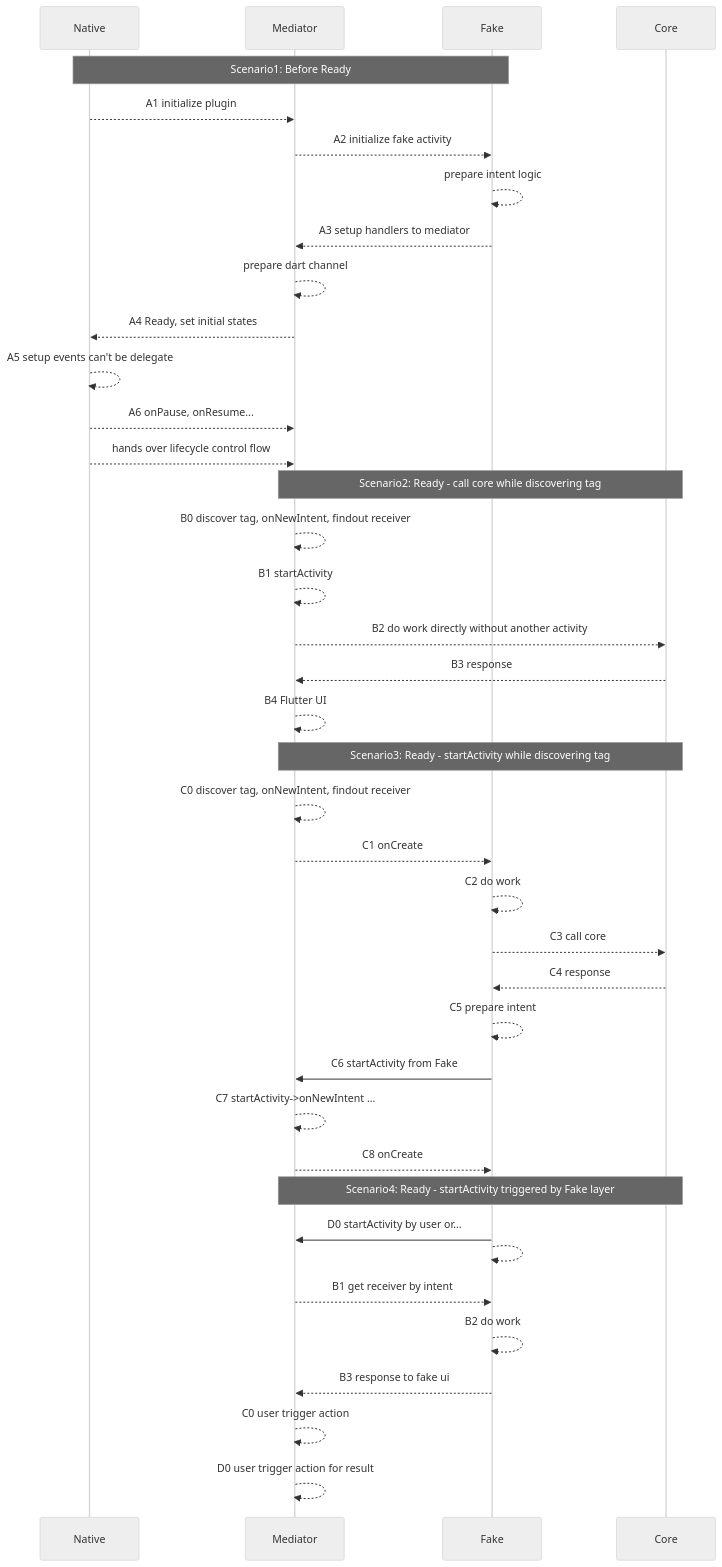
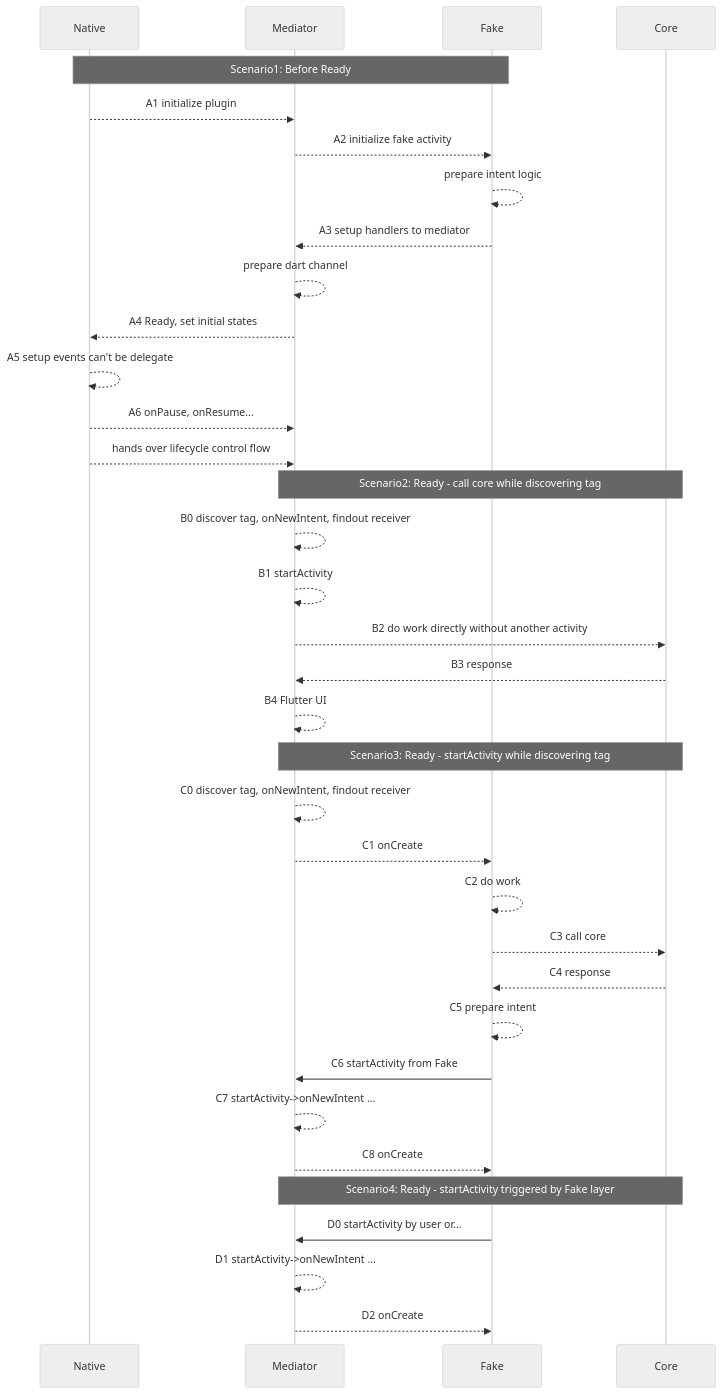
The second of 2 diagrams in flutter/addActivityResultListener.md (gordianknotC/nxp_note), drawn with Mermaid (neutral theme) before and after one commit. The commit also changed other lines of this file, not shown here.

Commit message:
flutter/addActivityResultListener.md updated from https://stackedit.io/

````diff
--- a/flutter/addActivityResultListener.md
+++ b/flutter/addActivityResultListener.md
@@ -55,59 +55,50 @@
 ```mermaid
 sequenceDiagram
 participant Native
 participant Mediator
 participant Fake
 participant Core
 
 
 Note over Native, Fake: Scenario1: Before Ready
 
 Native -->> Mediator: A1 initialize plugin
 Mediator -->> Fake: A2 initialize fake activity
 Fake -->> Fake: prepare intent logic
 Fake -->> Mediator: A3 setup handlers to mediator
 Mediator -->> Mediator: prepare dart channel
 Mediator -->> Native: A4 Ready, set initial states
 Native -->> Native: A5 setup events can't be delegate
 Native -->> Mediator: A6 onPause, onResume...
 Native -->> Mediator: hands over lifecycle control flow
 
 
 Note over Mediator, Core: Scenario2: Ready - call core while discovering tag 
 
 Mediator-->> Mediator: B0 discover tag, onNewIntent, findout receiver
 Mediator-->>Mediator: B1 startActivity
 Mediator-->>Core: B2 do work directly without another activity
 Core-->>Mediator: B3 response
 Mediator-->>Mediator: B4 Flutter UI
 
 
 Note over Mediator, Core: Scenario3: Ready - startActivity while discovering tag
 
 Mediator-->> Mediator: C0 discover tag, onNewIntent, findout receiver
 Mediator-->>Fake: C1 onCreate
 Fake-->>Fake: C2 do work
 Fake-->>Core:C3 call core
 Core-->>Fake:C4 response
 Fake-->>Fake:C5 prepare intent
 Fake->>Mediator: C6 startActivity from Fake
 Mediator-->>Mediator: C7 startActivity->onNewIntent ...
 Mediator-->>Fake: C8 onCreate
 
 Note over Mediator, Core: Scenario4: Ready - startActivity triggered by Fake layer
 
 Fake->>Mediator: D0 startActivity by user or...
-Fake-->>Fake: 
-
-
-Mediator-->>Fake: B1 get receiver by intent
-Fake-->>Fake:B2 do work
-
-Fake-->>Mediator:B3 response to fake ui
-
+Mediator-->>Mediator: D1 startActivity->onNewIntent ...
+Mediator-->>Fake: D2 onCreate
  
- Mediator-->>Mediator: C0 user trigger action
- 
- Mediator-->>Mediator: D0 user trigger action for result
 
 ```
````
